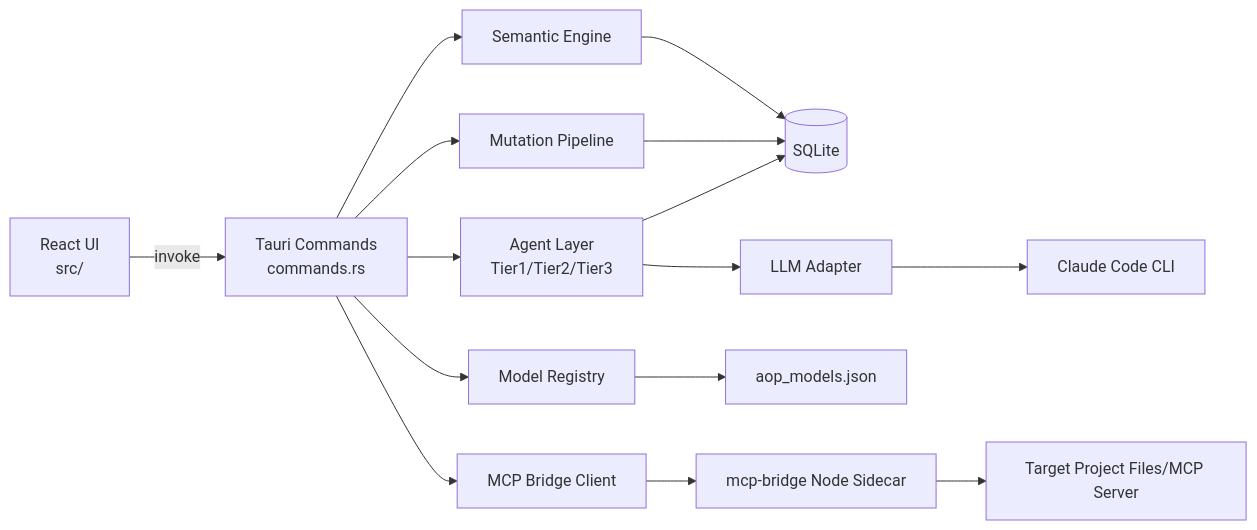
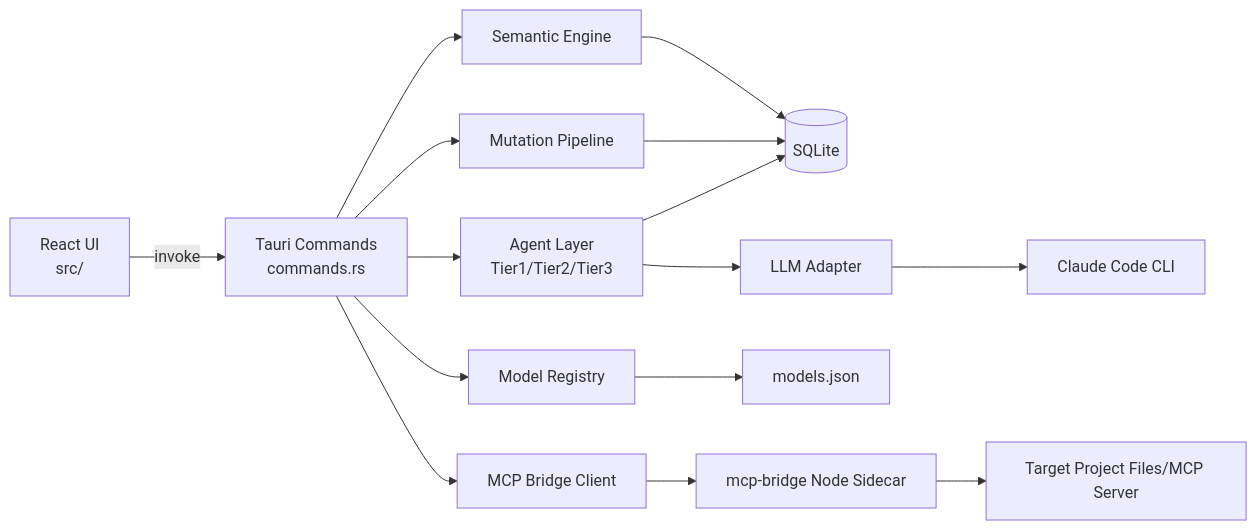
Before and after one commit to DerianAndre/aop: the first of 4 diagrams in docs/DIAGRAM.md, drawn with Mermaid. The commit also changed other lines of this file and 39 other files, not shown here.

````diff
--- a/docs/DIAGRAM.md
+++ b/docs/DIAGRAM.md
@@ -5,20 +5,20 @@
 ```mermaid
 flowchart LR
   UI[React UI<br/>src/] -->|invoke| CMD[Tauri Commands<br/>commands.rs]
   CMD --> AGENTS[Agent Layer<br/>Tier1/Tier2/Tier3]
   CMD --> PIPE[Mutation Pipeline]
   CMD --> VECTOR[Semantic Engine]
   CMD --> BRIDGE[MCP Bridge Client]
   CMD --> MODELS[Model Registry]
 
   AGENTS --> DB[(SQLite)]
   PIPE --> DB
   VECTOR --> DB
 
   BRIDGE --> NODE[mcp-bridge Node Sidecar]
   NODE --> TARGET[Target Project Files/MCP Server]
 
-  MODELS --> CONF[aop_models.json]
+  MODELS --> CONF[models.json]
   AGENTS --> ADAPTER[LLM Adapter]
   ADAPTER --> CLAUDE[Claude Code CLI]
 ```
````
